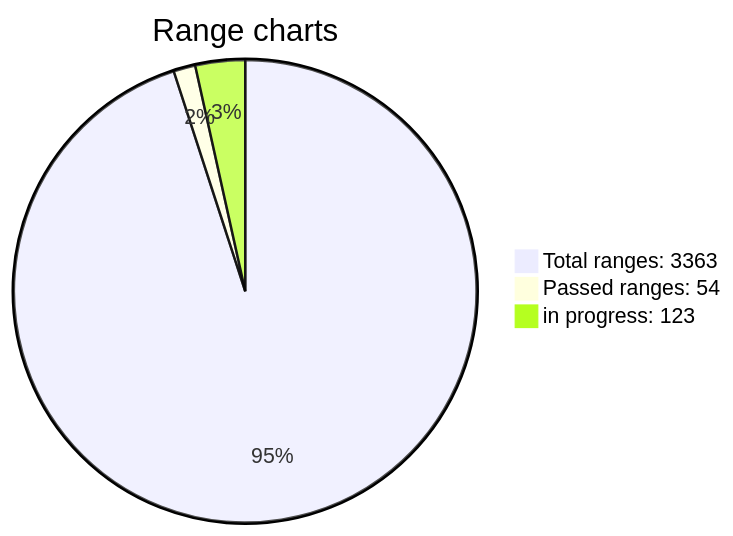
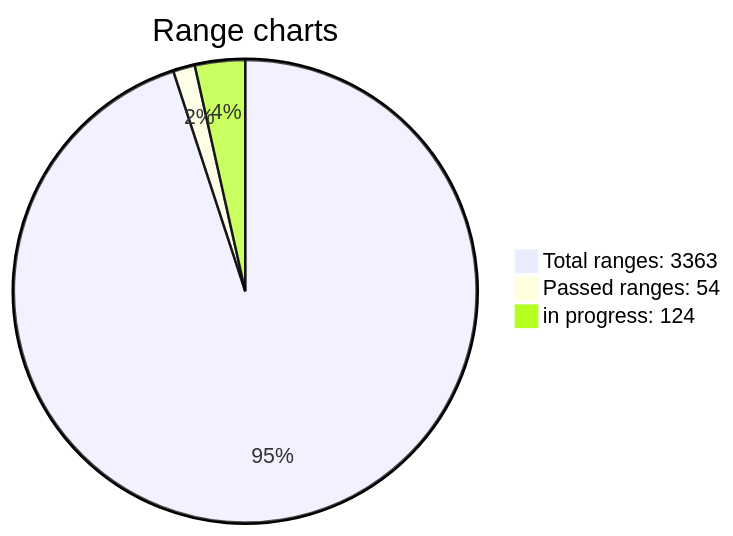
One commit to jonlloner/wif500 changed the diagram in README.md. Above: the diagram before and after it, drawn with Mermaid. The commit also changed other lines of this file, not shown here.

````diff
--- a/README.md
+++ b/README.md
@@ -102,6 +103,6 @@
 ```mermaid
 pie title Range charts
 "Total ranges: 3363" : 3363
 "Passed ranges: 54" : 54
-"in progress: 123" : 123
+"in progress: 124" : 124
 ```  
````
